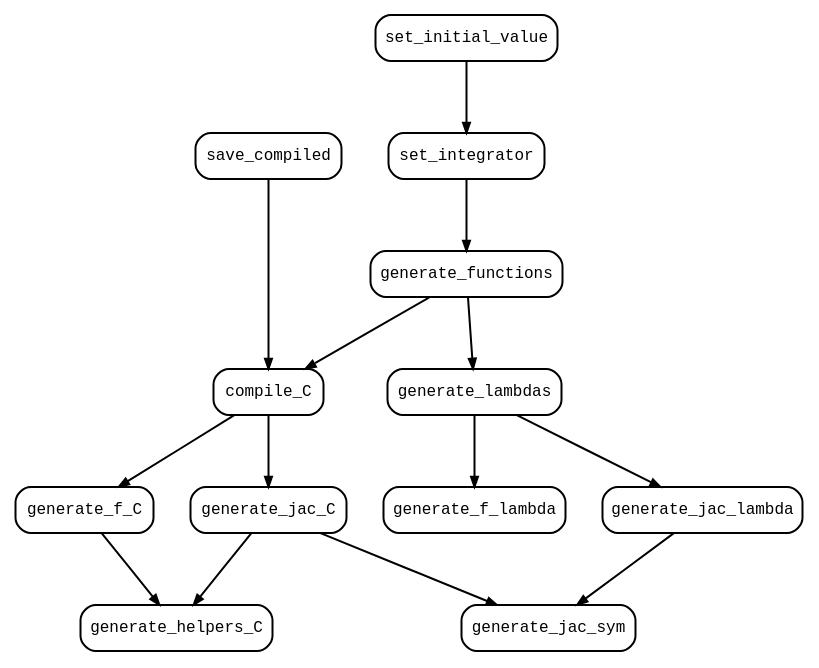
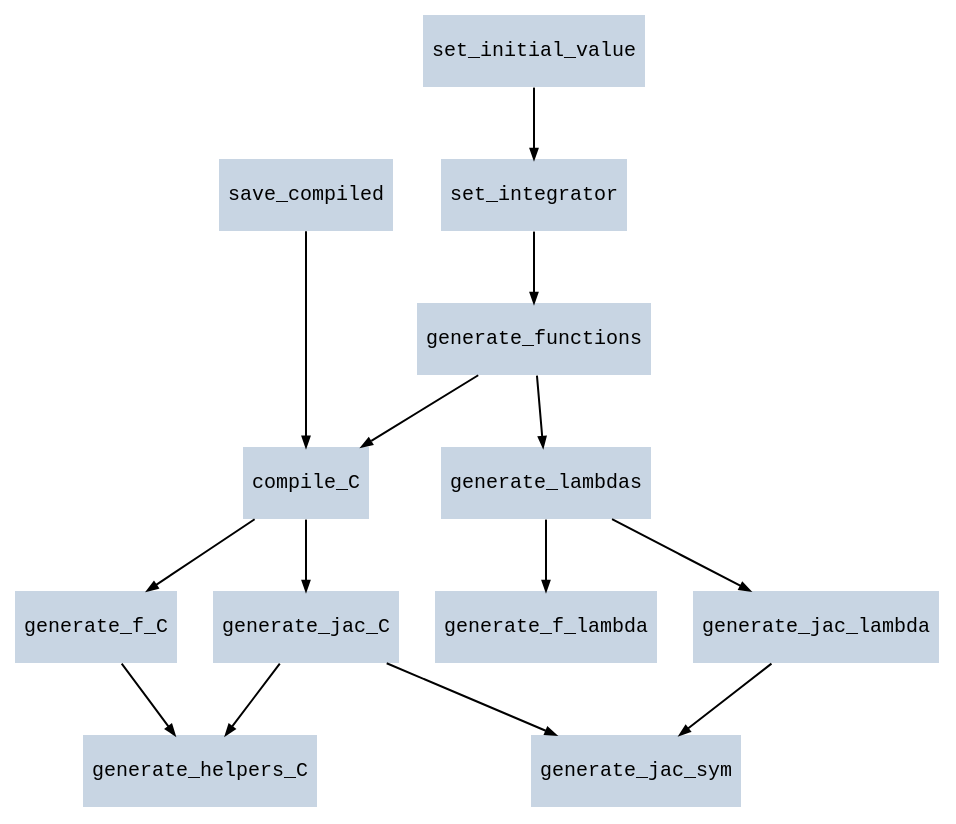
One commit to neurophysik/jitcode changed the diagram in docs/index.rst. Above: the diagram before and after it, drawn with Graphviz. The commit also changed 1 other file, not shown here.

Commit message:
New theme (because the old one had too many errors).

```diff
--- a/docs/index.rst
+++ b/docs/index.rst
@@ -69,13 +69,13 @@
 .. digraph:: foo
 	
 	bgcolor = "transparent"
 	edge [arrowsize=0.5];
-	node [shape=box fontname="Monospace" fontsize=8 margin=0.1 width=0 height=0 fillcolor=white style="rounded,filled"];
+	node [shape=box fontname="Monospace" fontsize=10 margin=0.05 fillcolor="#C8D5E3" penwidth=0 style=filled];
 	{rank = same; "save_compiled"; "set_integrator"}
 	"set_initial_value" -> "set_integrator";
 	"save_compiled" -> "compile_C";
 	"set_integrator" -> "generate_functions" -> "compile_C" -> "generate_f_C" -> "generate_helpers_C";
 	"compile_C" -> "generate_jac_C" -> "generate_jac_sym";
 	"generate_jac_C"  -> "generate_helpers_C";
 	"generate_functions" -> "generate_lambdas" -> "generate_f_lambda";
 	"generate_lambdas" -> "generate_jac_lambda"-> "generate_jac_sym";
```
